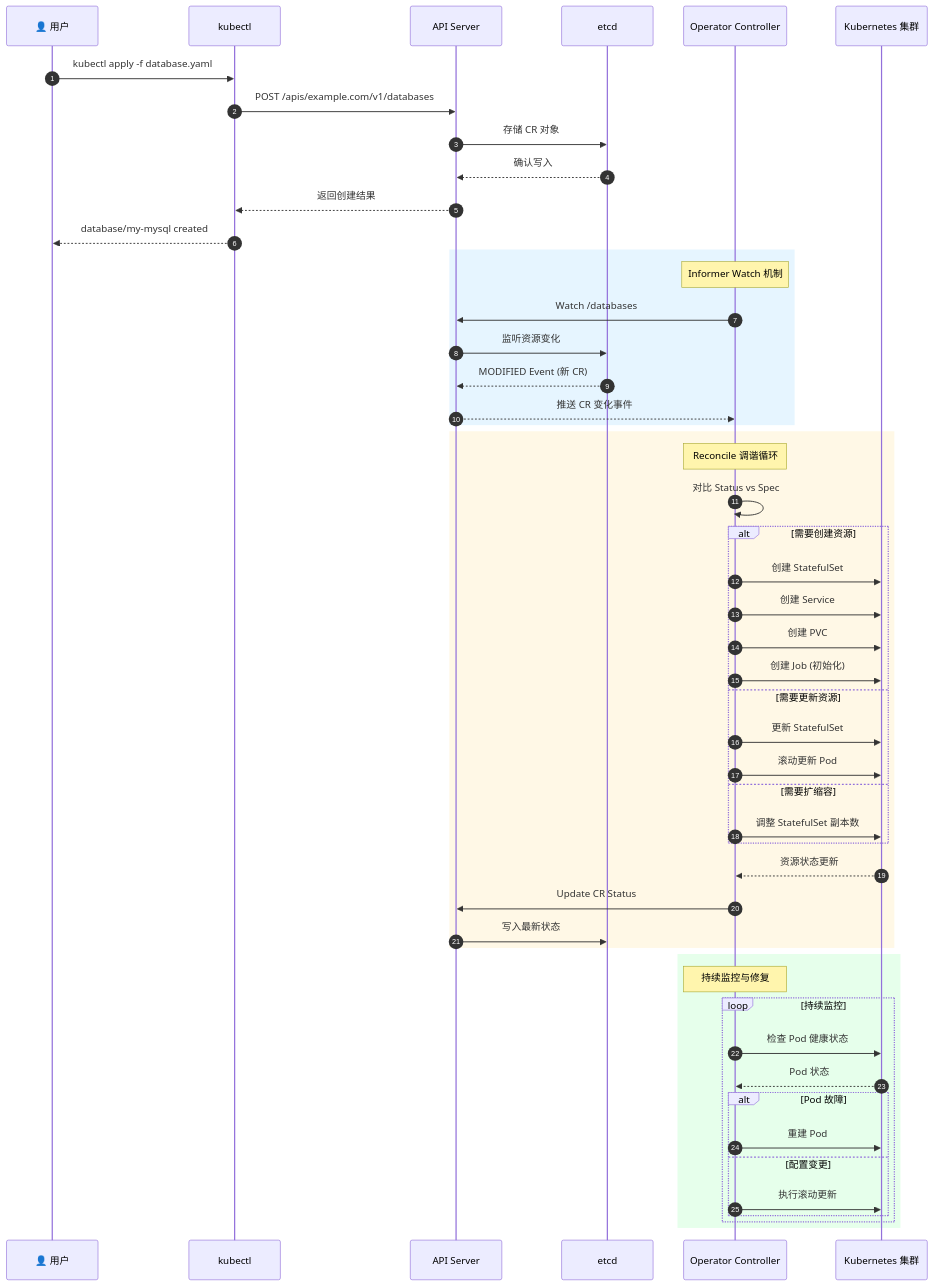
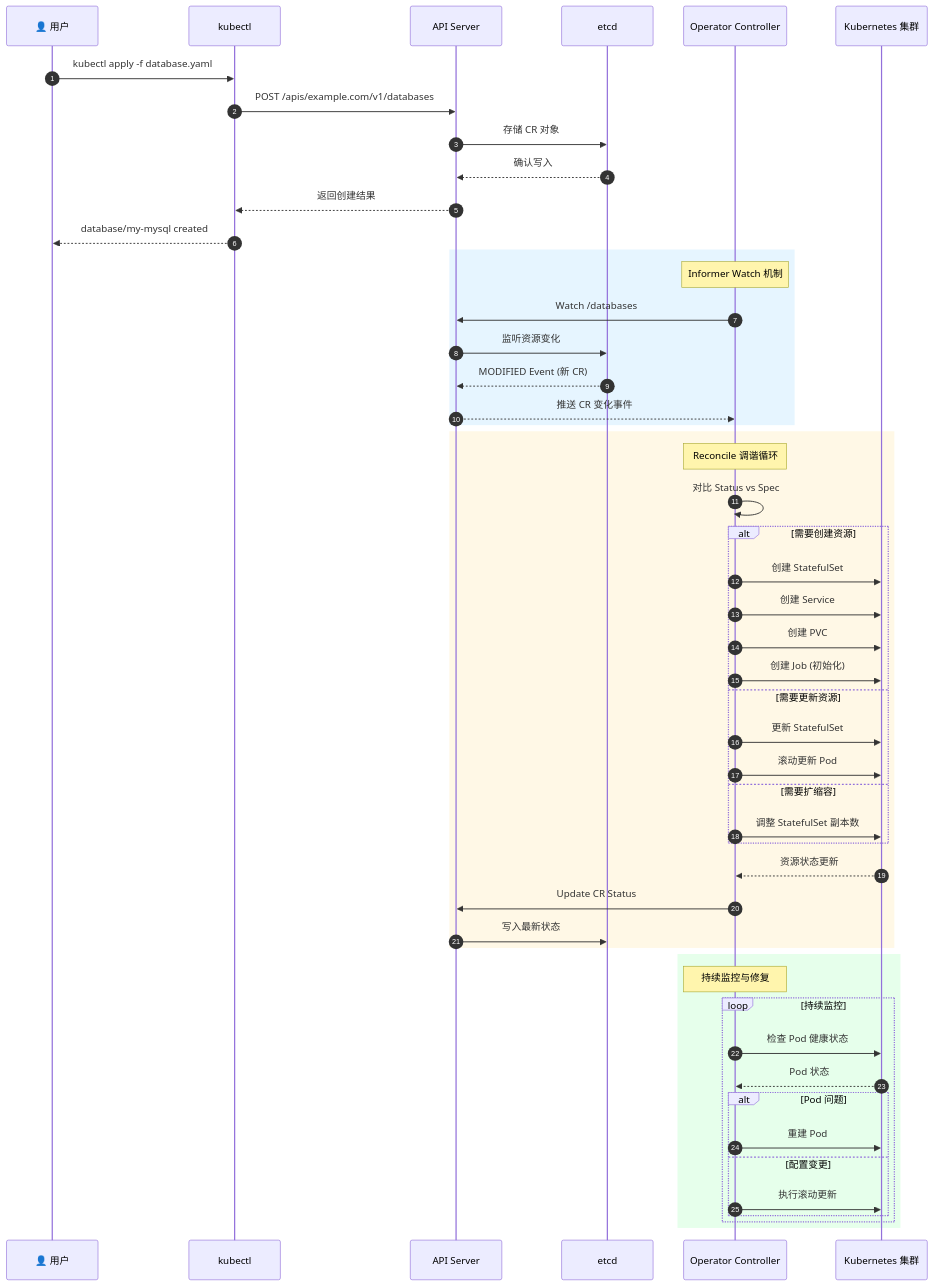
Before and after one commit to kudig-io/kudig-database: diagram 13 of 16 in domain-01-cluster-fundamentals/01-architecture-overview/01-kubernetes-architecture-overview.md, drawn with Mermaid. The commit also changed other lines of this file and 1236 other files, not shown here.

````diff
--- a/domain-01-cluster-fundamentals/01-architecture-overview/01-kubernetes-architecture-overview.md
+++ b/domain-01-cluster-fundamentals/01-architecture-overview/01-kubernetes-architecture-overview.md
@@ -1265,60 +1265,60 @@
 ```mermaid
 sequenceDiagram
     autonumber
     participant U as 👤 用户
     participant K as kubectl
     participant API as API Server
     participant E as etcd
     participant O as Operator Controller
     participant K8s as Kubernetes 集群
 
     U->>K: kubectl apply -f database.yaml
     K->>API: POST /apis/example.com/v1/databases
     API->>E: 存储 CR 对象
     E-->>API: 确认写入
     API-->>K: 返回创建结果
     K-->>U: database/my-mysql created
 
     rect rgb(230, 245, 255)
         Note over O: Informer Watch 机制
         O->>API: Watch /databases
         API->>E: 监听资源变化
         E-->>API: MODIFIED Event (新 CR)
         API-->>O: 推送 CR 变化事件
     end
 
     rect rgb(255, 248, 230)
         Note over O: Reconcile 调谐循环
         O->>O: 对比 Status vs Spec
 
         alt 需要创建资源
             O->>K8s: 创建 StatefulSet
             O->>K8s: 创建 Service
             O->>K8s: 创建 PVC
             O->>K8s: 创建 Job (初始化)
         else 需要更新资源
             O->>K8s: 更新 StatefulSet
             O->>K8s: 滚动更新 Pod
         else 需要扩缩容
             O->>K8s: 调整 StatefulSet 副本数
         end
 
         K8s-->>O: 资源状态更新
         O->>API: Update CR Status
         API->>E: 写入最新状态
     end
 
     rect rgb(230, 255, 235)
         Note over O: 持续监控与修复
         loop 持续监控
             O->>K8s: 检查 Pod 健康状态
             K8s-->>O: Pod 状态
 
-            alt Pod 故障
+            alt Pod 问题
                 O->>K8s: 重建 Pod
             else 配置变更
                 O->>K8s: 执行滚动更新
             end
         end
     end
 ```
````
